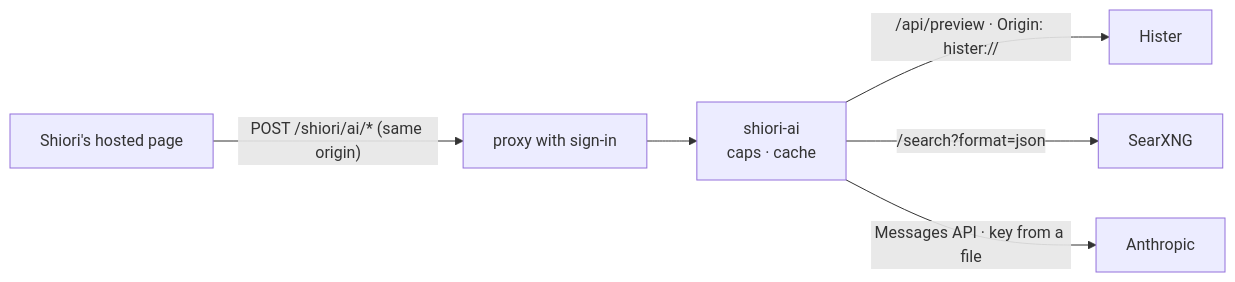
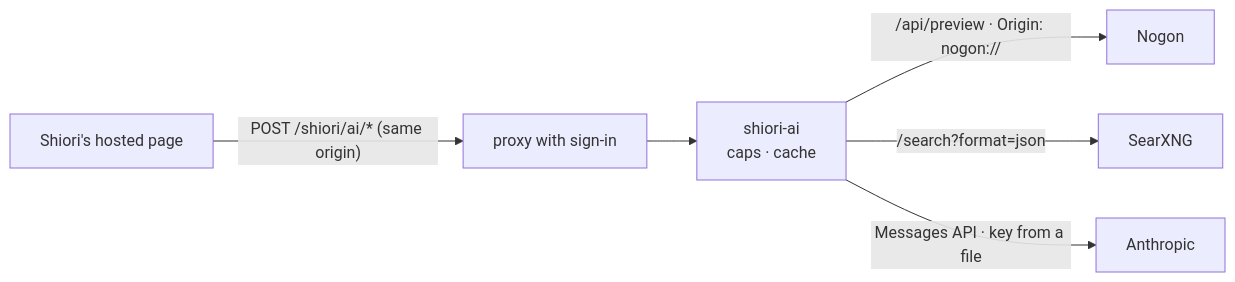
One commit to machiya-kobo/machiya changed the diagram in docs/services/shiori-ai.md. Above: the diagram before and after it, drawn with Mermaid. The commit also changed other lines of this file and 30 other files, not shown here.

First line of the commit message:
machiya: docs: Hister is now Nogon, stage 3b (contract and service doc renamed)

````diff
--- a/docs/services/shiori-ai.md
+++ b/docs/services/shiori-ai.md
@@ -21,8 +21,8 @@
 ```mermaid
 flowchart LR
     s["Shiori's hosted page"] -->|"POST /shiori/ai/* (same origin)"| p["proxy with sign-in"]
     p --> a["shiori-ai<br/>caps · cache"]
-    a -->|"/api/preview · Origin: hister://"| h["Hister"]
+    a -->|"/api/preview · Origin: nogon://"| h["Nogon"]
     a -->|"/search?format=json"| x["SearXNG"]
     a -->|"Messages API · key from a file"| c["Anthropic"]
 ```
````
